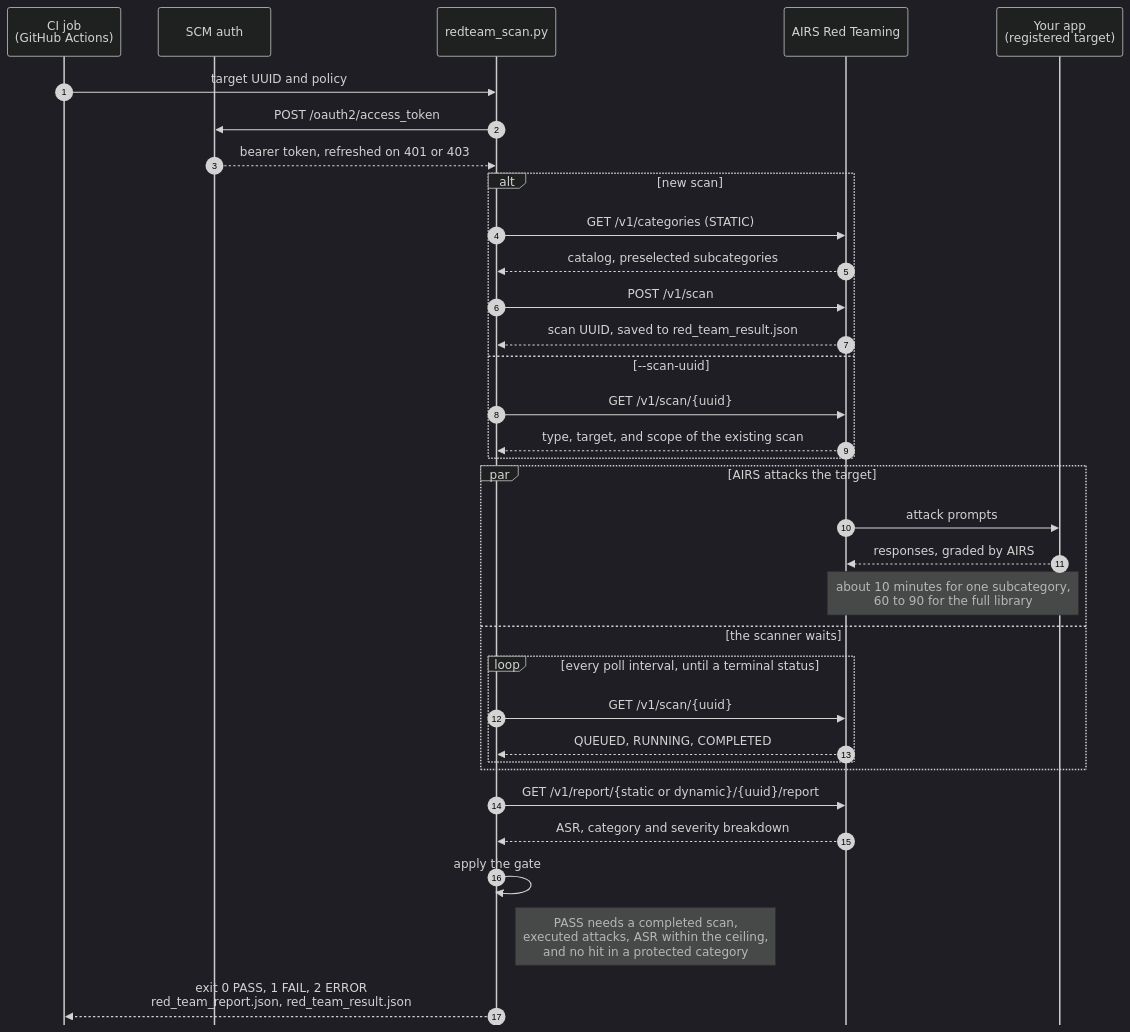
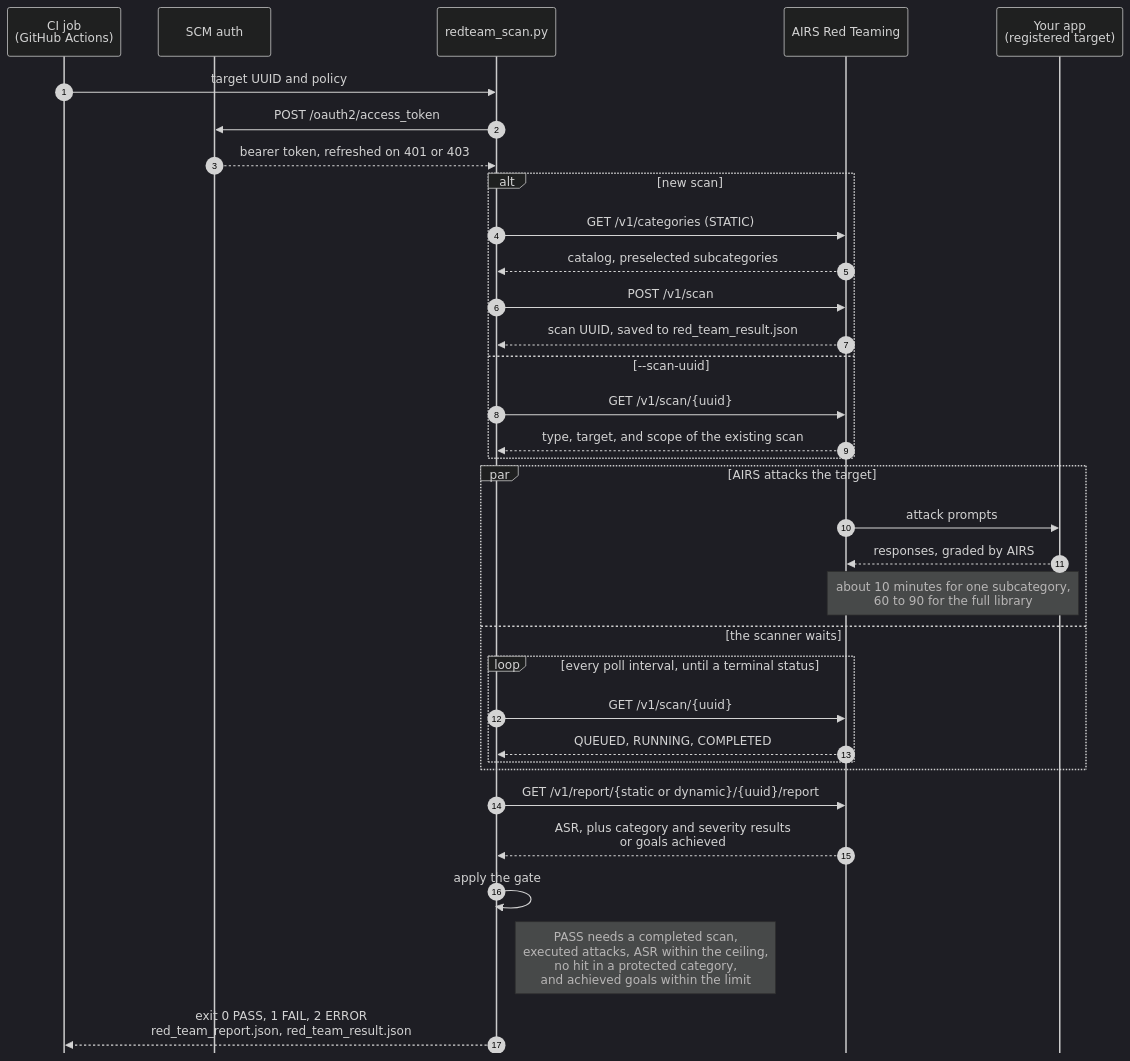
The diagram in README.md (scthornton/red-teaming-pipeline-integration), drawn with Mermaid (dark theme) before and after one commit. The commit also changed other lines of this file and 5 other files, not shown here.

First line of the commit message:
Gate DYNAMIC scans on attacker goals achieved

````diff
--- a/README.md
+++ b/README.md
@@ -9,38 +9,38 @@
 ```mermaid
 %%{init: {"sequence": {"mirrorActors": false}}}%%
 sequenceDiagram
     autonumber
     participant CI as CI job<br/>(GitHub Actions)
     participant A as SCM auth
     participant S as redteam_scan.py
     participant RT as AIRS Red Teaming
     participant T as Your app<br/>(registered target)
 
     CI->>S: target UUID and policy
     S->>A: POST /oauth2/access_token
     A-->>S: bearer token, refreshed on 401 or 403
     alt new scan
         S->>RT: GET /v1/categories (STATIC)
         RT-->>S: catalog, preselected subcategories
         S->>RT: POST /v1/scan
         RT-->>S: scan UUID, saved to red_team_result.json
     else --scan-uuid
         S->>RT: GET /v1/scan/{uuid}
         RT-->>S: type, target, and scope of the existing scan
     end
     par AIRS attacks the target
         RT->>T: attack prompts
         T-->>RT: responses, graded by AIRS
         Note over RT,T: about 10 minutes for one subcategory,<br/>60 to 90 for the full library
     and the scanner waits
         loop every poll interval, until a terminal status
             S->>RT: GET /v1/scan/{uuid}
             RT-->>S: QUEUED, RUNNING, COMPLETED
         end
     end
     S->>RT: GET /v1/report/{static or dynamic}/{uuid}/report
-    RT-->>S: ASR, category and severity breakdown
+    RT-->>S: ASR, plus category and severity results<br/>or goals achieved
     S->>S: apply the gate
-    Note right of S: PASS needs a completed scan,<br/>executed attacks, ASR within the ceiling,<br/>and no hit in a protected category
+    Note right of S: PASS needs a completed scan,<br/>executed attacks, ASR within the ceiling,<br/>no hit in a protected category,<br/>and achieved goals within the limit
     S-->>CI: exit 0 PASS, 1 FAIL, 2 ERROR<br/>red_team_report.json, red_team_result.json
 ```
````
